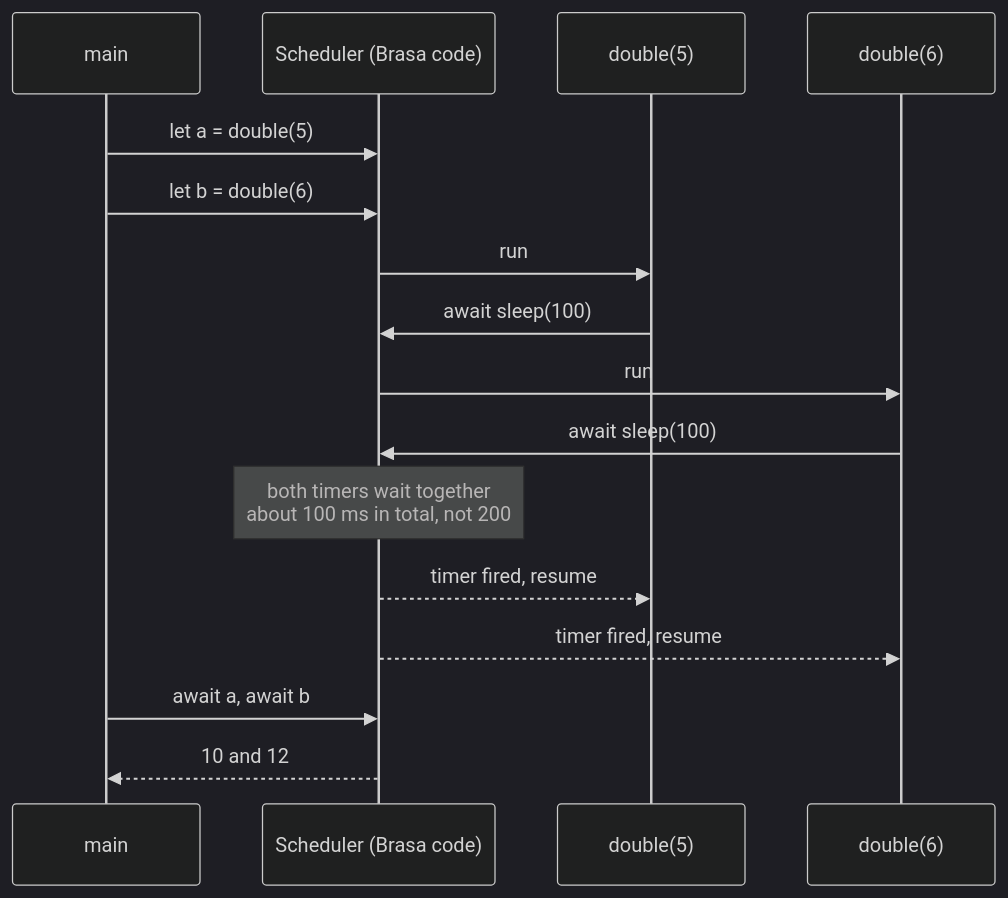
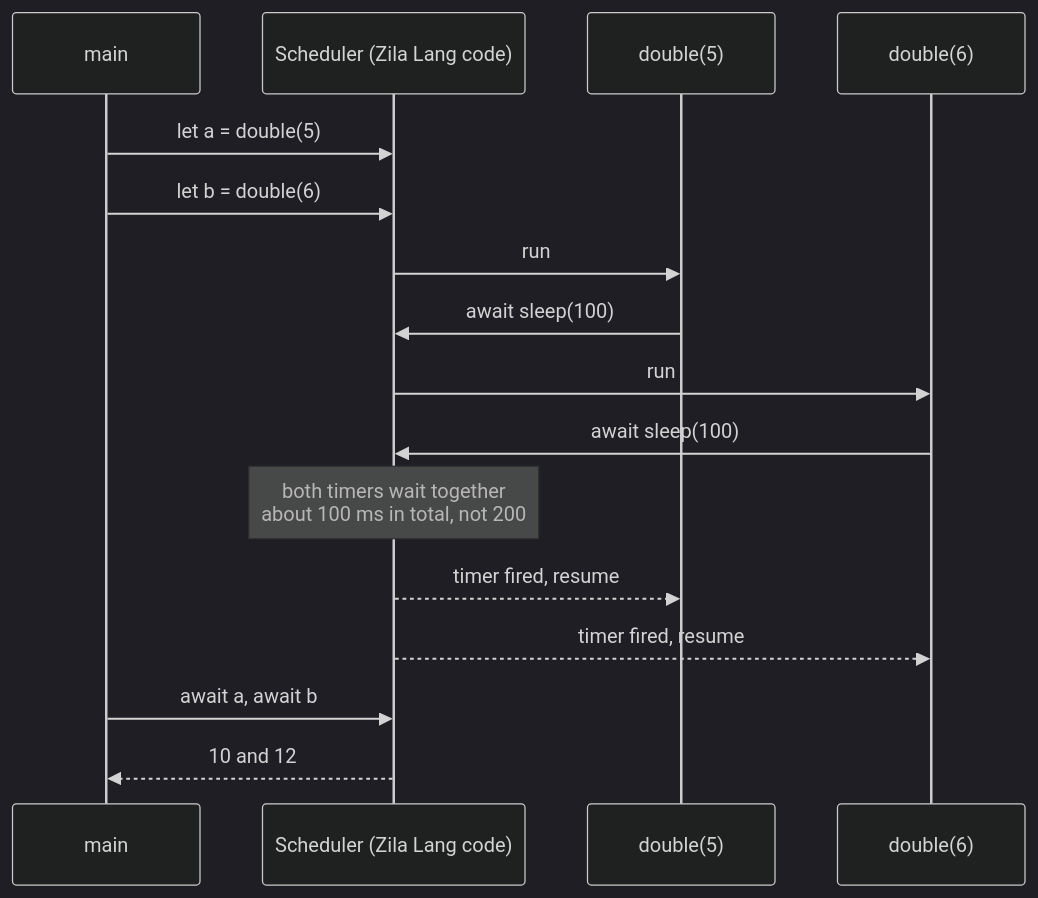
The fifth of 7 diagrams in README.md (code4performance/zila), drawn with Mermaid (dark theme) before and after one commit. The commit also changed other lines of this file and 251 other files, not shown here.

First line of the commit message:
Rename the language to Zila Lang

````diff
--- a/README.md
+++ b/README.md
@@ -159,18 +152,18 @@
 ```mermaid
 sequenceDiagram
     participant M as main
-    participant S as Scheduler (Brasa code)
+    participant S as Scheduler (Zila Lang code)
     participant A as double(5)
     participant B as double(6)
     M->>S: let a = double(5)
     M->>S: let b = double(6)
     S->>A: run
     A->>S: await sleep(100)
     S->>B: run
     B->>S: await sleep(100)
     Note over S: both timers wait together<br/>about 100 ms in total, not 200
     S-->>A: timer fired, resume
     S-->>B: timer fired, resume
     M->>S: await a, await b
     S-->>M: 10 and 12
 ```
````
